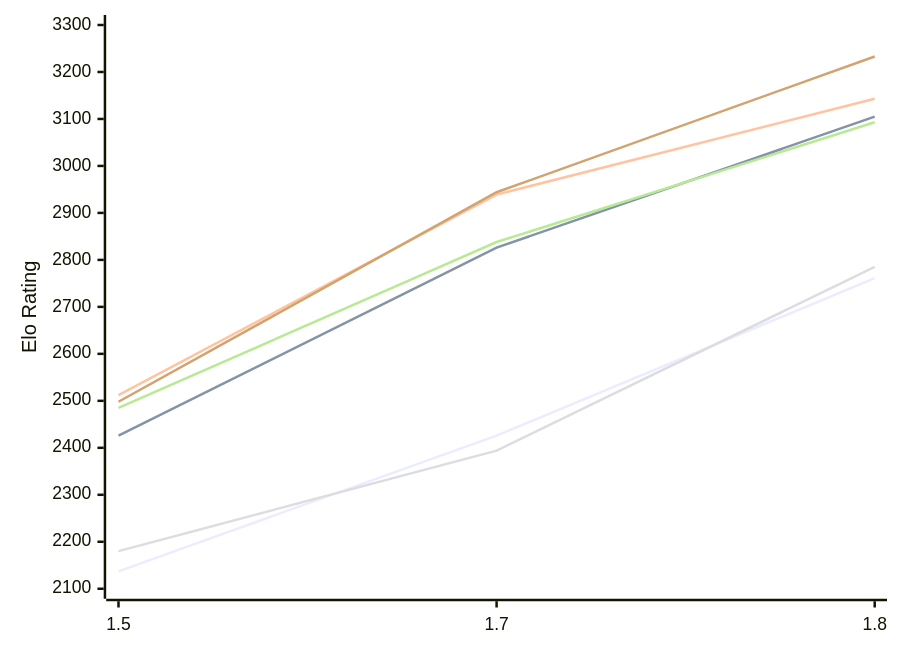
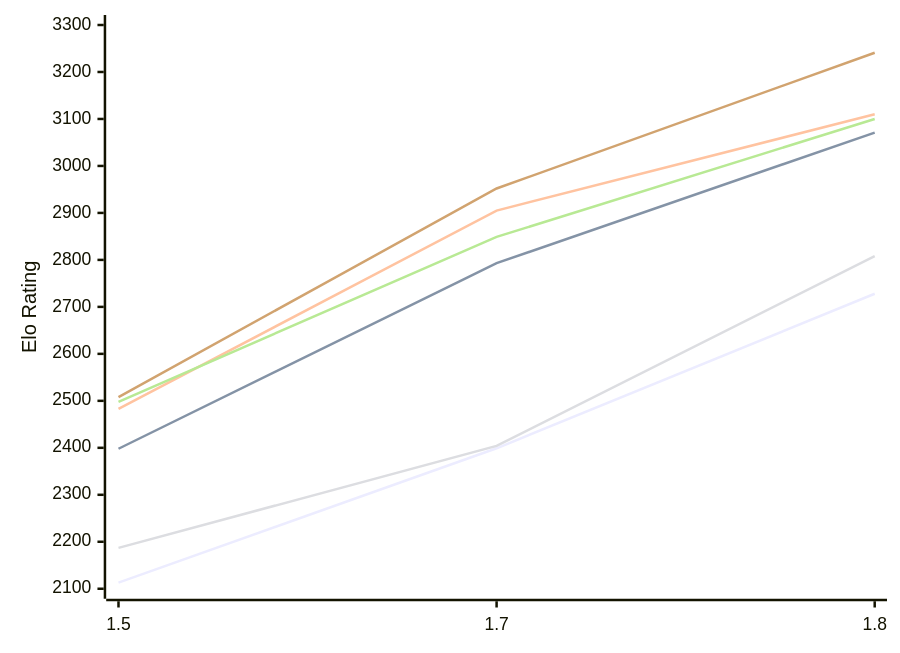
The first of 2 diagrams in engines/Facon.md (computer-chess-index/cci), drawn with Mermaid before and after one commit. The commit also changed other lines of this file, not shown here.

Commit message:
Update CCI Ratings (ELO VLTC) - 2026-11-12

````diff
--- a/engines/Facon.md
+++ b/engines/Facon.md
@@ -54,12 +54,12 @@
 ```mermaid
 %%{init: {"theme":"base","themeVariables":{"seriesColors:['#a3a3a3','#222221','#faa371']}}}%%
 xychart-beta
   x-axis ["1.5", "1.7", "1.8"]
   y-axis "Elo Rating" 2100 --> 3300
-  line "E1: STC (8.0+0.08s)" [2137, 2426, 2761]
-  line "E1: LTC (60.0+0.60s)" [2426, 2826, 3105]
-  line "E1: VLTC (2m24s+1.12s)" [2512, 2939, 3143]
-  line "P1: STC (8.0+0.08s)" [2180, 2394, 2785]
-  line "P1: LTC (60.0+0.60s)" [2485, 2838, 3093]
-  line "P1: VLTC (2m24s+1.12s)" [2498, 2944, 3233]
+  line "E1: STC (8.0+0.08s)" [2113, 2399, 2728]
+  line "E1: LTC (60.0+0.60s)" [2398, 2793, 3071]
+  line "E1: VLTC (2m24s+1.12s)" [2483, 2905, 3110]
+  line "P1: STC (8.0+0.08s)" [2187, 2404, 2808]
+  line "P1: LTC (60.0+0.60s)" [2498, 2849, 3100]
+  line "P1: VLTC (2m24s+1.12s)" [2508, 2952, 3241]
 ```
````
